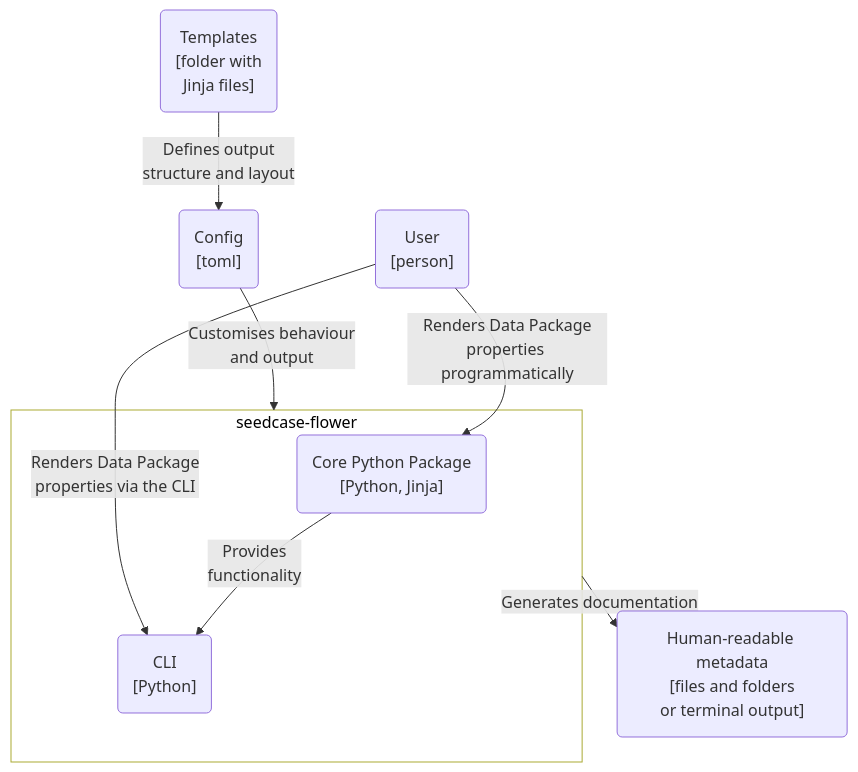
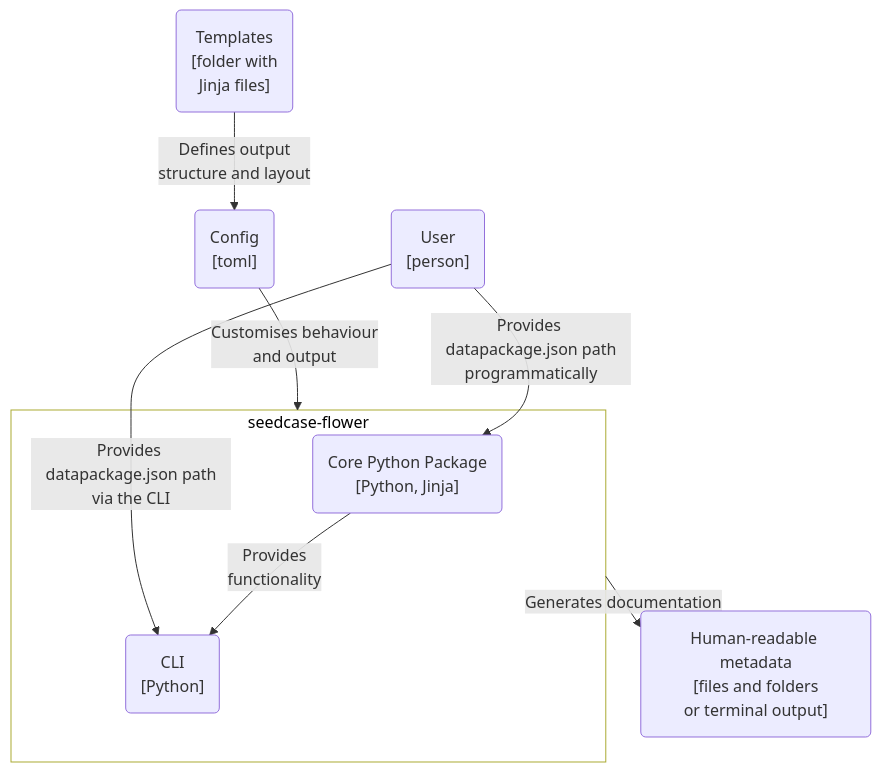
The second of 3 diagrams in docs/design/architecture.qmd (seedcase-project/seedcase-flower), drawn with Mermaid before and after one commit. The commit also changed other lines of this file, not shown here.

````diff
--- a/docs/design/architecture.qmd
+++ b/docs/design/architecture.qmd
@@ -171,28 +171,28 @@
 ```{mermaid}
 %%| label: fig-c4-container
 %%| fig-cap: "C4 container diagram showing the core Python package in Flower and the command line interface."
 flowchart
 
     user("User<br>[person]")
     config("Config<br>[toml]")
     templates("Templates<br>[folder with<br>Jinja files]")
 
     subgraph "seedcase-flower"
         python("Core Python Package<br>[Python, Jinja]")
         cli("CLI<br>[Python]")
 
         python -- "Provides<br>functionality" --> cli
     end
 
     output("Human-readable metadata<br>[files and folders<br>or terminal output]")
 
     config --"Customises behaviour<br>and output"--> seedcase-flower
     templates --"Defines output<br>structure and layout"--> config
-    user --"Renders Data Package<br>properties programmatically"--> python
-    user -- "Renders Data Package<br>properties via the CLI" --> cli
+    user --"Provides datapackage.json path<br>programmatically"--> python
+    user --"Provides datapackage.json path<br>via the CLI" --> cli
 
     seedcase-flower --"Generates documentation"--> output
 
     %% Styling
     style seedcase-flower fill:#FFFFFF, color:#000000
 ```
````
